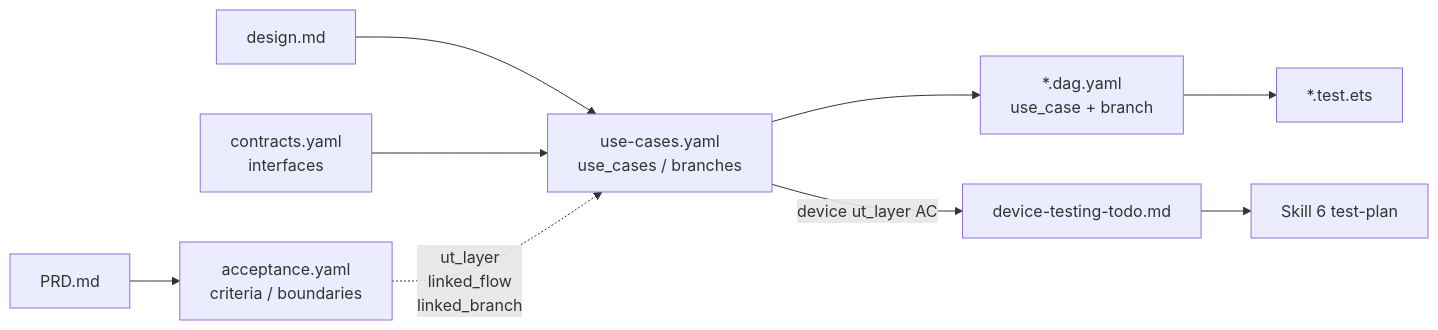
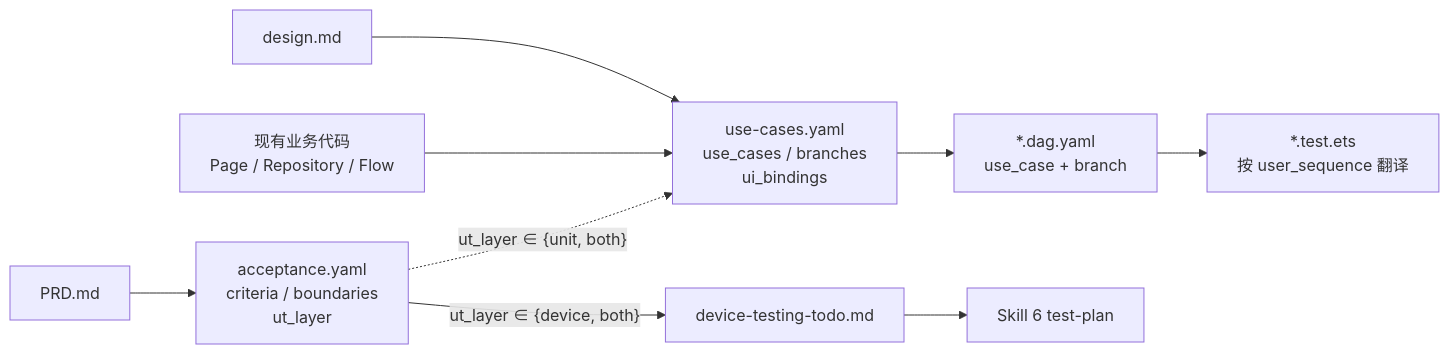
Before and after one commit to sqsqsq/SimulatedWalletForHmos: the diagram in framework/skills/5-business-ut/templates/use-cases-schema.md, drawn with Mermaid. The commit also changed other lines of this file and 17 other files, not shown here.

First line of the commit message:
feat(framework): UT UseCase 去代码化 v2.1 — use-cases.yaml 纯规约 + UT 只消费既有代码

````diff
--- a/framework/skills/5-business-ut/templates/use-cases-schema.md
+++ b/framework/skills/5-business-ut/templates/use-cases-schema.md
@@ -119,11 +145,11 @@
 ```mermaid
 flowchart LR
-  PRD["PRD.md"] --> AC["acceptance.yaml<br>criteria / boundaries"]
-  DESIGN["design.md"] --> UC["use-cases.yaml<br>use_cases / branches"]
-  CONTR["contracts.yaml<br>interfaces"] --> UC
-  AC -. "ut_layer<br>linked_flow<br>linked_branch" .-> UC
+  PRD["PRD.md"] --> AC["acceptance.yaml<br>criteria / boundaries<br>ut_layer"]
+  DESIGN["design.md"] --> UC["use-cases.yaml<br>use_cases / branches<br>ui_bindings"]
+  CODE["现有业务代码<br>Page / Repository / Flow"] --> UC
+  AC -. "ut_layer ∈ {unit, both}" .-> UC
   UC --> DAG["*.dag.yaml<br>use_case + branch"]
-  DAG --> UT["*.test.ets"]
-  UC -->|"device ut_layer AC"| TODO["device-testing-todo.md"]
+  DAG --> UT["*.test.ets<br>按 user_sequence 翻译"]
+  AC -->|"ut_layer ∈ {device, both}"| TODO["device-testing-todo.md"]
   TODO --> S6["Skill 6 test-plan"]
 ```
````
